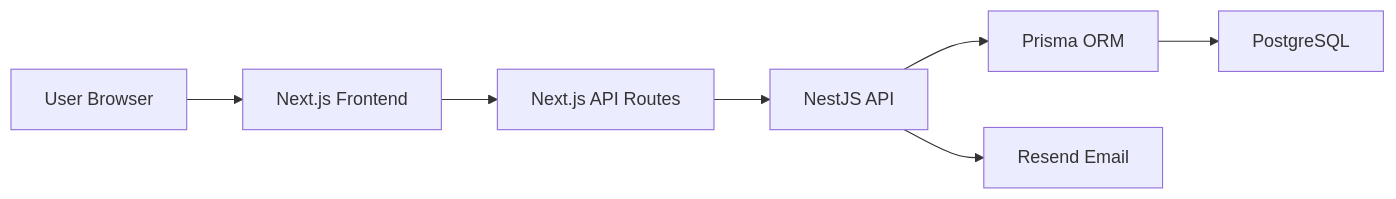
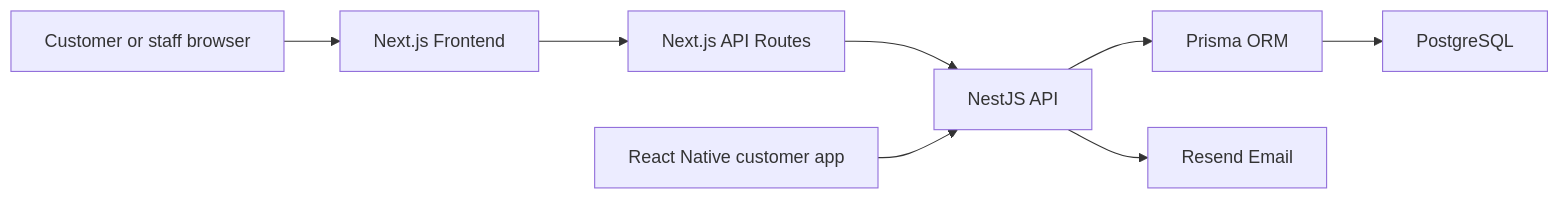
One commit to Erics-Barbers/erics-barbers-docs changed the first of 4 diagrams in Current System Architecture.md. Above: the diagram before and after it, drawn with Mermaid. The commit also changed other lines of this file and 5 other files, not shown here.

Commit message:
update docs with mobile app details

````diff
--- a/Current System Architecture.md
+++ b/Current System Architecture.md
@@ -32,9 +31,10 @@
 ```mermaid
 flowchart LR
-    User["User Browser"] --> Next["Next.js Frontend"]
+    Browser["Customer or staff browser"] --> Next["Next.js Frontend"]
     Next --> NextRoutes["Next.js API Routes"]
     NextRoutes --> API["NestJS API"]
+    Mobile["React Native customer app"] --> API
     API --> Prisma["Prisma ORM"]
     Prisma --> DB["PostgreSQL"]
     API --> Resend["Resend Email"]
 ```
````
